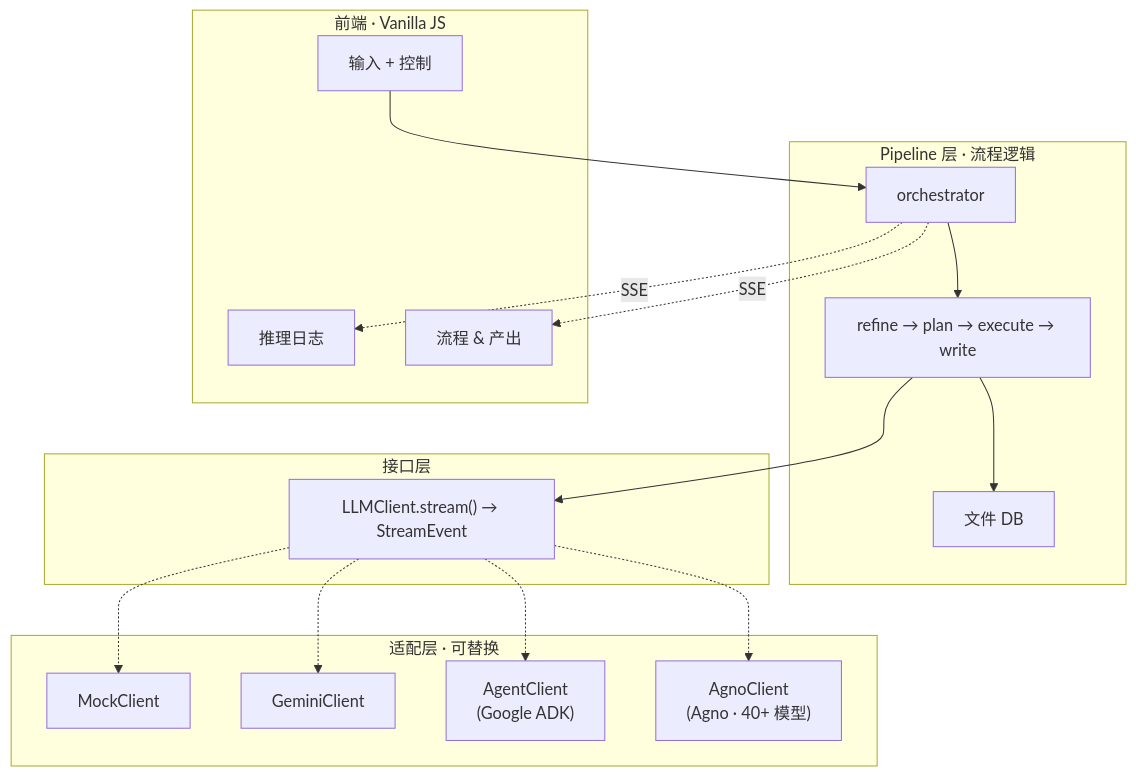
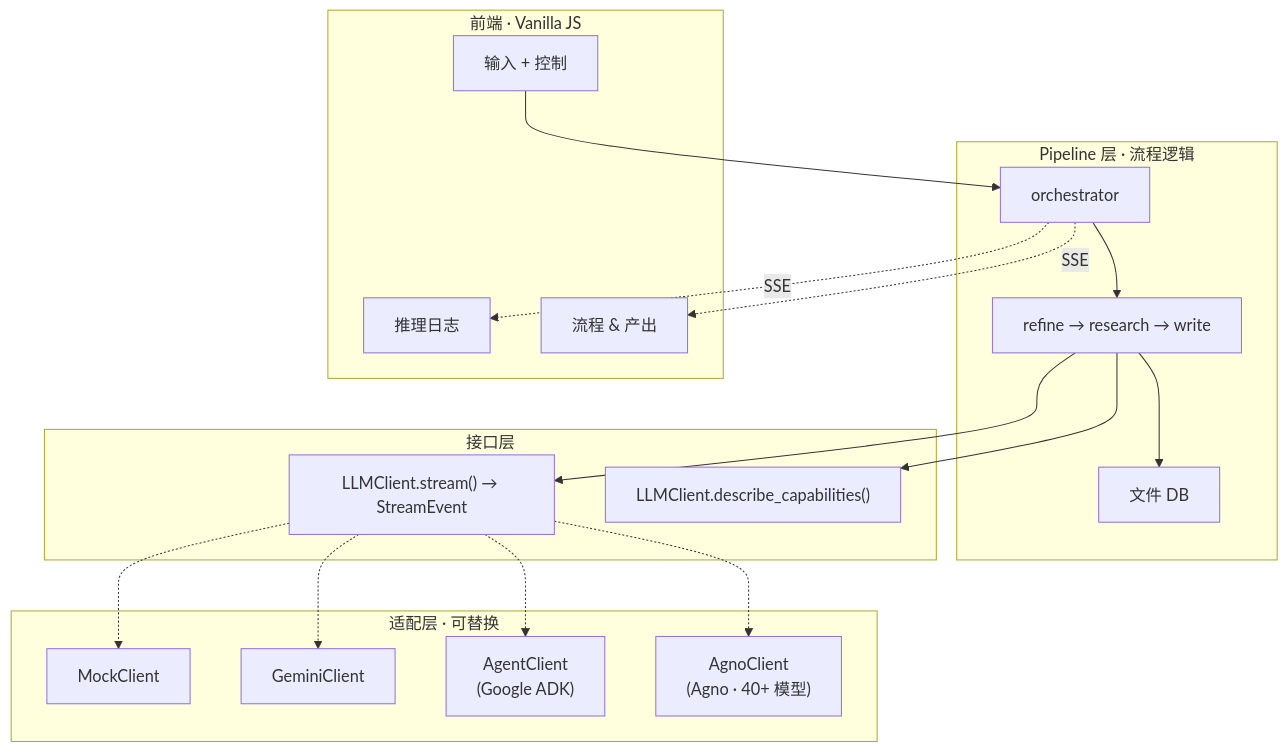
Before and after one commit to dozybot001/maars: the second of 2 diagrams in README_CN.md, drawn with Mermaid. The commit also changed other lines of this file and 2 other files, not shown here.

First line of the commit message:
docs: rewrite README and code-smells for 3-stage architecture

````diff
--- a/README_CN.md
+++ b/README_CN.md
@@ -48,34 +46,36 @@
 ```mermaid
 flowchart TB
     subgraph Pipeline["Pipeline 层 · 流程逻辑"]
-        ORCH["orchestrator"] --> STAGES["refine → plan → execute → write"]
+        ORCH["orchestrator"] --> STAGES["refine → research → write"]
         STAGES --> DB["文件 DB"]
     end
 
     subgraph Interface["接口层"]
         LLM["LLMClient.stream() → StreamEvent"]
+        CAP["LLMClient.describe_capabilities()"]
     end
 
     subgraph Adapters["适配层 · 可替换"]
         MOCK["MockClient"]
         GEMINI["GeminiClient"]
         ADK["AgentClient\n(Google ADK)"]
         AGNO["AgnoClient\n(Agno · 40+ 模型)"]
     end
 
     STAGES --> LLM
+    STAGES --> CAP
     LLM -.-> MOCK
     LLM -.-> GEMINI
     LLM -.-> ADK
     LLM -.-> AGNO
 
     subgraph FE["前端 · Vanilla JS"]
         UI["输入 + 控制"]
         LOG["推理日志"]
         PROC["流程 & 产出"]
     end
 
     UI --> ORCH
     ORCH -."SSE".-> LOG
     ORCH -."SSE".-> PROC
 ```
````
